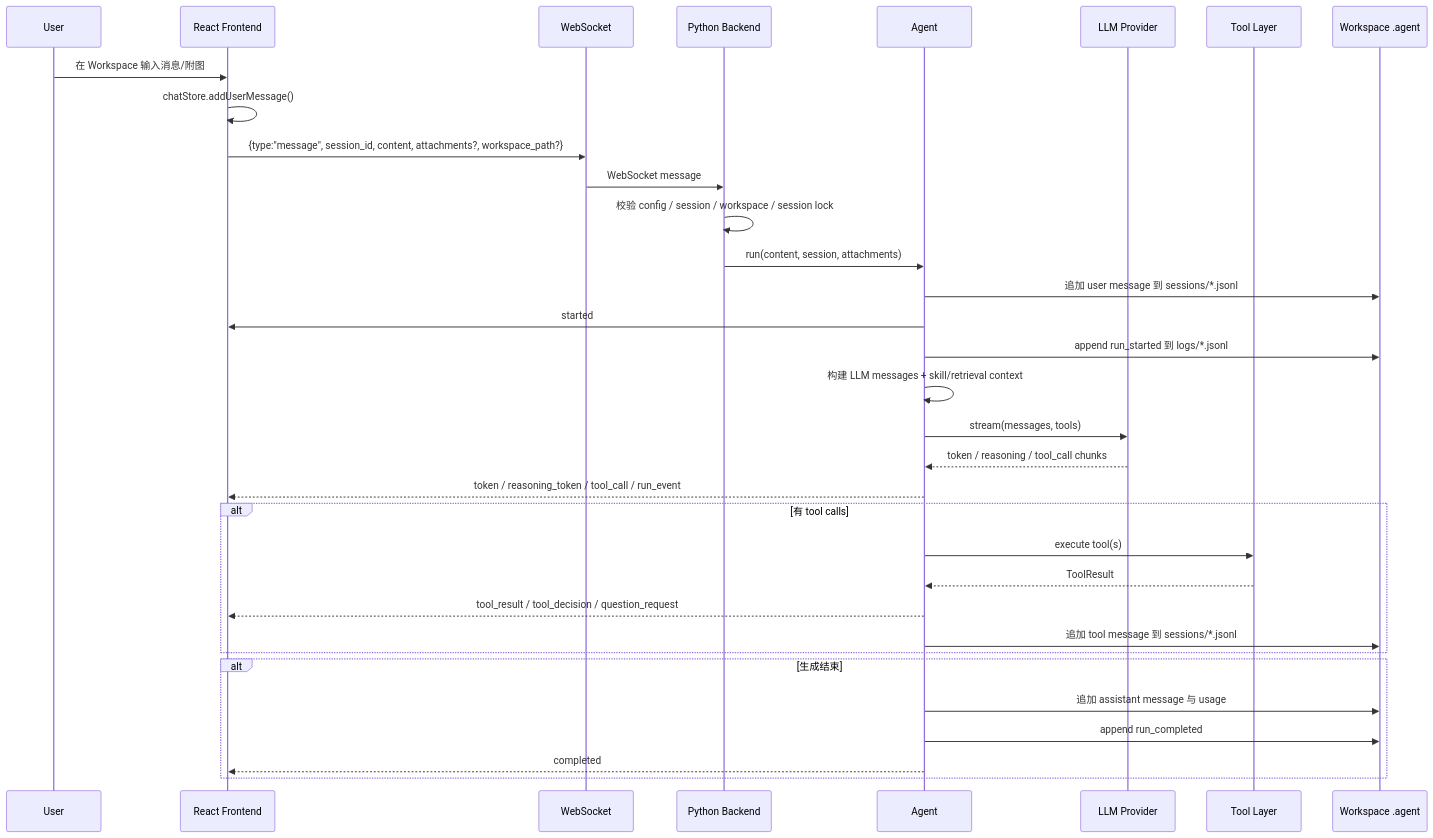
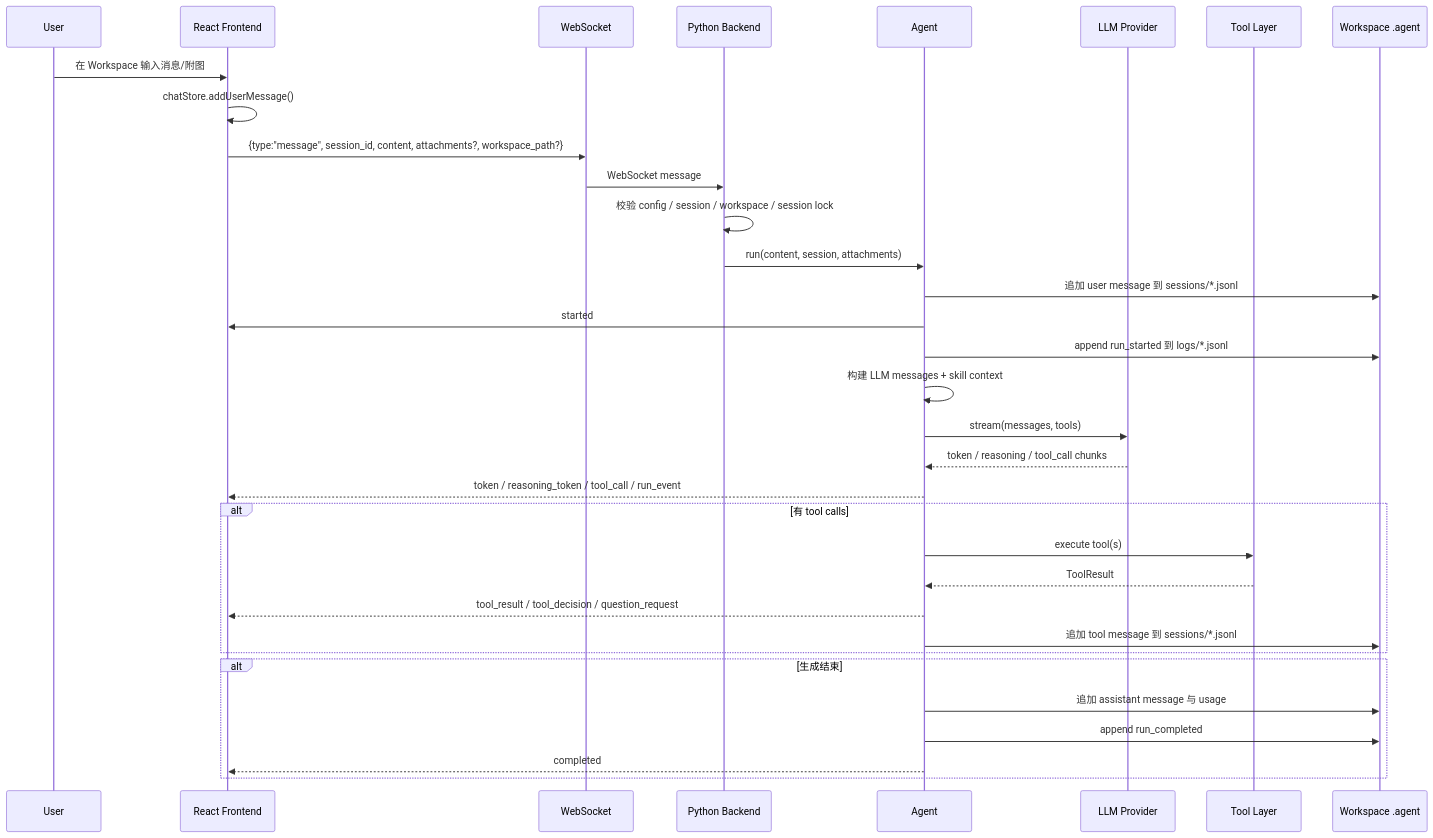
The second of 5 diagrams in architecture.md (ChqJourney/simple_agent), drawn with Mermaid before and after one commit. The commit also changed other lines of this file and 42 other files, not shown here.

Commit message:
fix:skill system adjustment and retrieval deleted

````diff
--- a/architecture.md
+++ b/architecture.md
@@ -127,36 +127,36 @@
 ```mermaid
 sequenceDiagram
     participant U as User
     participant FE as React Frontend
     participant WS as WebSocket
     participant BE as Python Backend
     participant AG as Agent
     participant LLM as LLM Provider
     participant TL as Tool Layer
     participant FS as Workspace .agent
 
     U->>FE: 在 Workspace 输入消息/附图
     FE->>FE: chatStore.addUserMessage()
     FE->>WS: {type:"message", session_id, content, attachments?, workspace_path?}
     WS->>BE: WebSocket message
     BE->>BE: 校验 config / session / workspace / session lock
     BE->>AG: run(content, session, attachments)
     AG->>FS: 追加 user message 到 sessions/*.jsonl
     AG->>FE: started
     AG->>FS: append run_started 到 logs/*.jsonl
-    AG->>AG: 构建 LLM messages + skill/retrieval context
+    AG->>AG: 构建 LLM messages + skill context
     AG->>LLM: stream(messages, tools)
     LLM-->>AG: token / reasoning / tool_call chunks
     AG-->>FE: token / reasoning_token / tool_call / run_event
     alt 有 tool calls
         AG->>TL: execute tool(s)
         TL-->>AG: ToolResult
         AG-->>FE: tool_result / tool_decision / question_request
         AG->>FS: 追加 tool message 到 sessions/*.jsonl
     end
     alt 生成结束
         AG->>FS: 追加 assistant message 与 usage
         AG->>FS: append run_completed
         AG-->>FE: completed
     end
 ```
````
